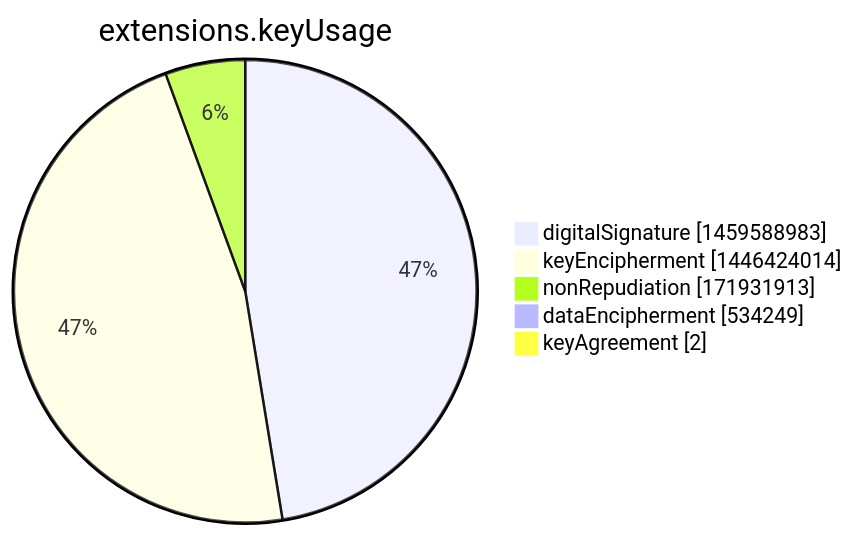
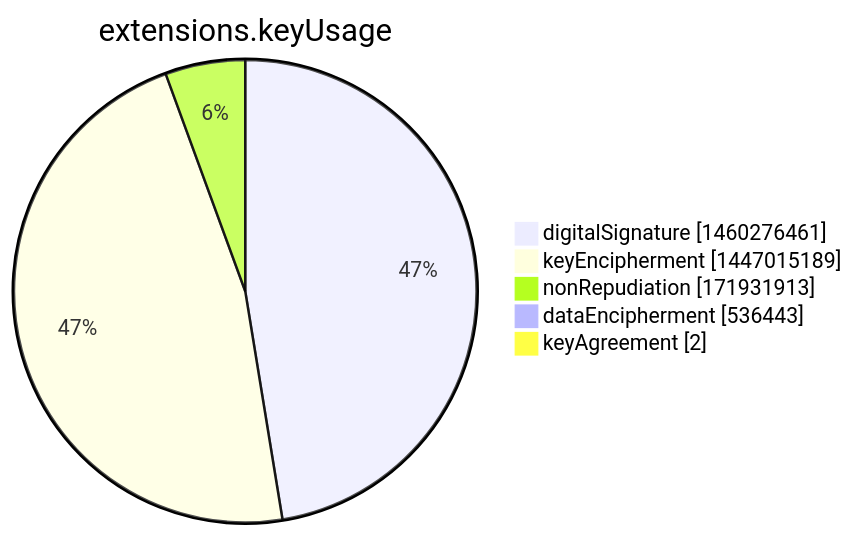
Before and after one commit to christiankrug/ctmonitor_visualization: the seventh of 15 diagrams in argon2022/README.md, drawn with Mermaid. The commit also changed other lines of this file, not shown here.

````diff
--- a/argon2022/README.md
+++ b/argon2022/README.md
@@ -2751,9 +2751,9 @@
 ```mermaid
 pie showData
 title extensions.keyUsage
-"digitalSignature" :1459588983
-"keyEncipherment" :1446424014
+"digitalSignature" :1460276461
+"keyEncipherment" :1447015189
 "nonRepudiation" :171931913
-"dataEncipherment" :534249
+"dataEncipherment" :536443
 "keyAgreement" :2
 ```
````
